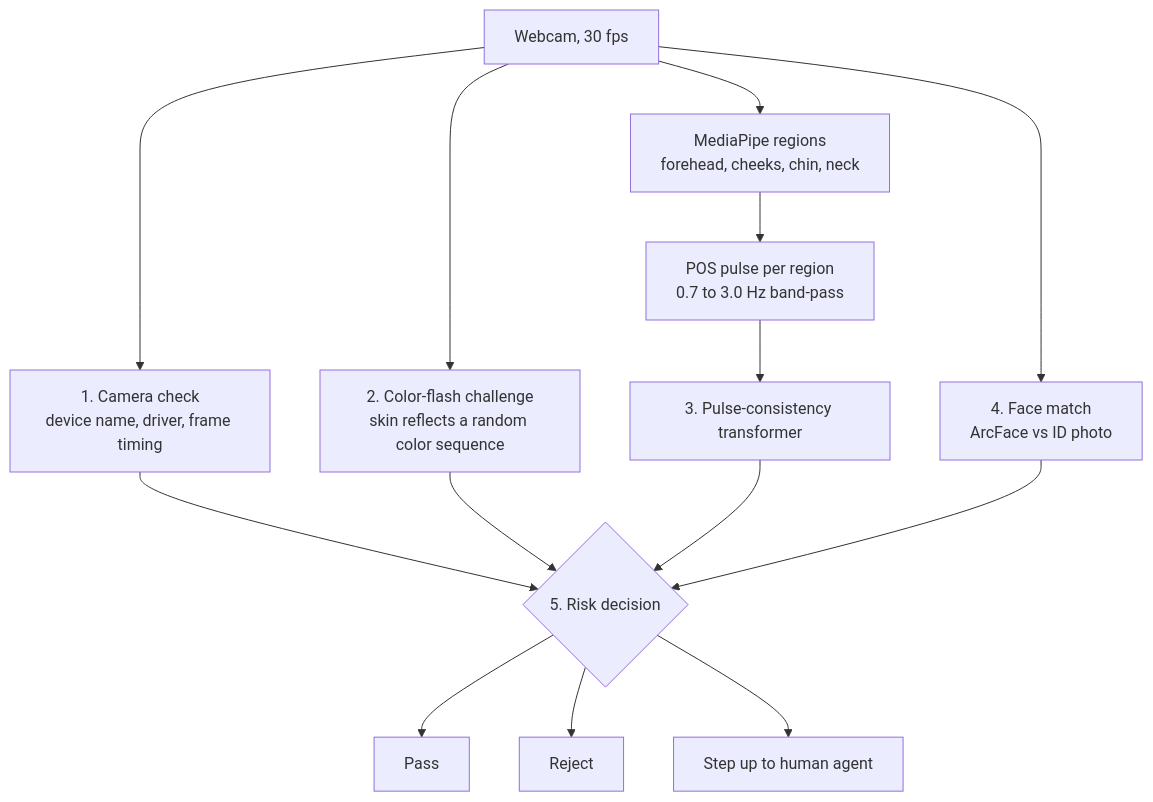
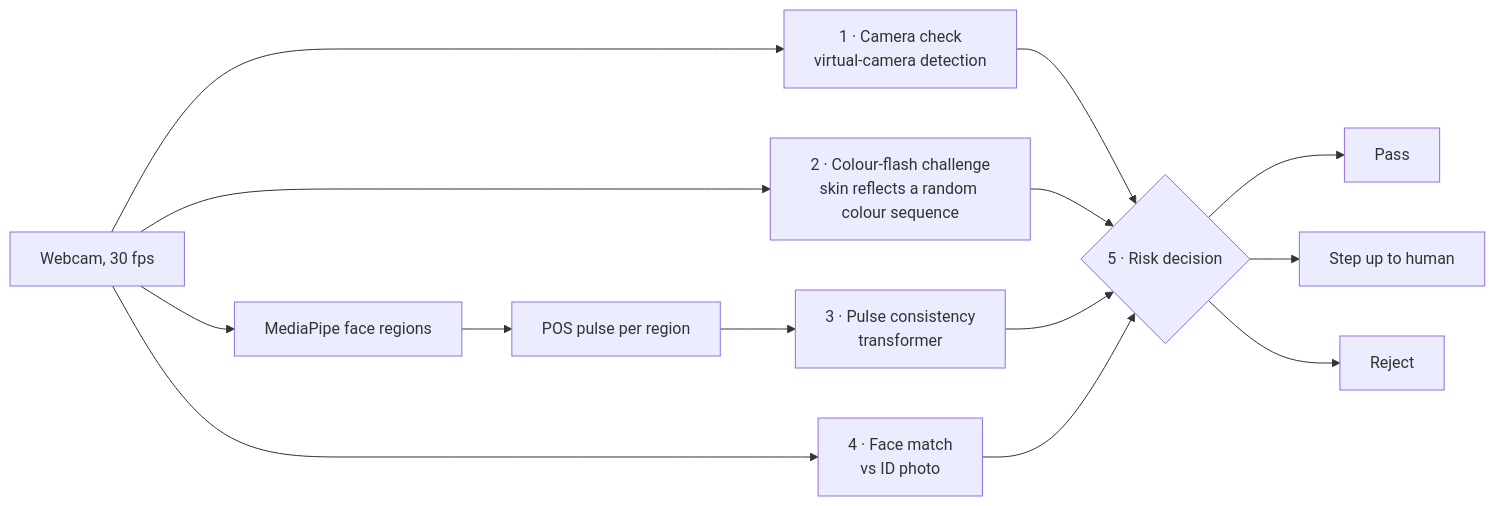
Before and after one commit to fast-na-ana/aieduhackathon: the diagram in README.md, drawn with Mermaid. The commit also changed other lines of this file and 2 other files, not shown here.

````diff
--- a/README.md
+++ b/README.md
@@ -125,16 +57,9 @@
 ```mermaid
-flowchart TD
-    A[Webcam, 30 fps] --> L1[1. Camera check<br/>device name, driver, frame timing]
-    A --> L2[2. Color-flash challenge<br/>skin reflects a random color sequence]
-    A --> R[MediaPipe regions<br/>forehead, cheeks, chin, neck]
-    R --> P[POS pulse per region<br/>0.7 to 3.0 Hz band-pass]
-    P --> L3[3. Pulse-consistency transformer]
-    A --> L4[4. Face match<br/>ArcFace vs ID photo]
-    L1 --> D{5. Risk decision}
-    L2 --> D
-    L3 --> D
-    L4 --> D
-    D --> OK[Pass]
-    D --> NO[Reject]
-    D --> HU[Step up to human agent]
+flowchart LR
+    A[Webcam, 30 fps] --> L1[1 · Camera check<br/>virtual-camera detection]
+    A --> L2[2 · Colour-flash challenge<br/>skin reflects a random colour sequence]
+    A --> R[MediaPipe face regions] --> P[POS pulse per region] --> L3[3 · Pulse consistency<br/>transformer]
+    A --> L4[4 · Face match<br/>vs ID photo]
+    L1 & L2 & L3 & L4 --> D{5 · Risk decision}
+    D --> OK[Pass] & HU[Step up to human] & NO[Reject]
 ```
````
